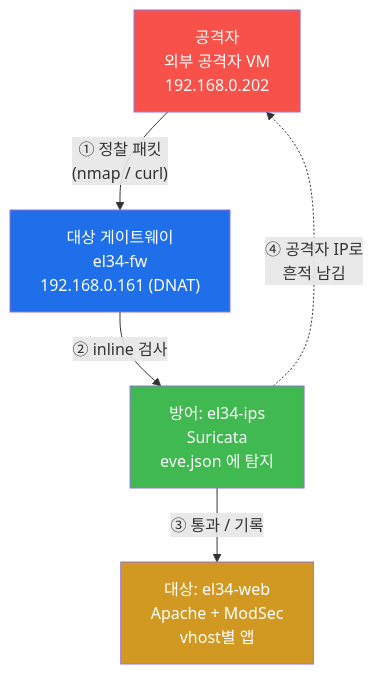
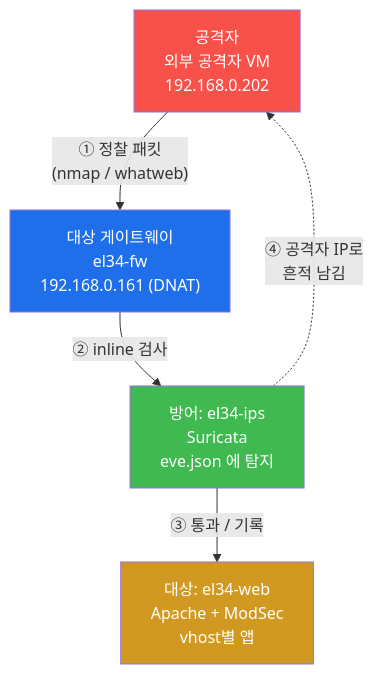
The fourth of 7 diagrams in contents/training/attack/lecture_week01.md (mrgrit/tw2), drawn with Mermaid before and after one commit. The commit also changed other lines of this file and 45 other files, not shown here.

````diff
--- a/contents/training/attack/lecture_week01.md
+++ b/contents/training/attack/lecture_week01.md
@@ -284,15 +284,15 @@
 ```mermaid
 graph TD
     ATT["공격자<br/>외부 공격자 VM<br/>192.168.0.202"]
     GW["대상 게이트웨이<br/>el34-fw<br/>192.168.0.161 (DNAT)"]
     IPS["방어: el34-ips<br/>Suricata<br/>eve.json 에 탐지"]
     WEB["대상: el34-web<br/>Apache + ModSec<br/>vhost별 앱"]
-    ATT -->|"① 정찰 패킷<br/>(nmap / curl)"| GW
+    ATT -->|"① 정찰 패킷<br/>(nmap / whatweb)"| GW
     GW -->|"② inline 검사"| IPS
     IPS -->|"③ 통과 / 기록"| WEB
     IPS -.->|"④ 공격자 IP로<br/>흔적 남김"| ATT
     style ATT fill:#f85149,color:#fff
     style GW fill:#1f6feb,color:#fff
     style IPS fill:#3fb950,color:#fff
     style WEB fill:#d29922,color:#fff
 ```
````
